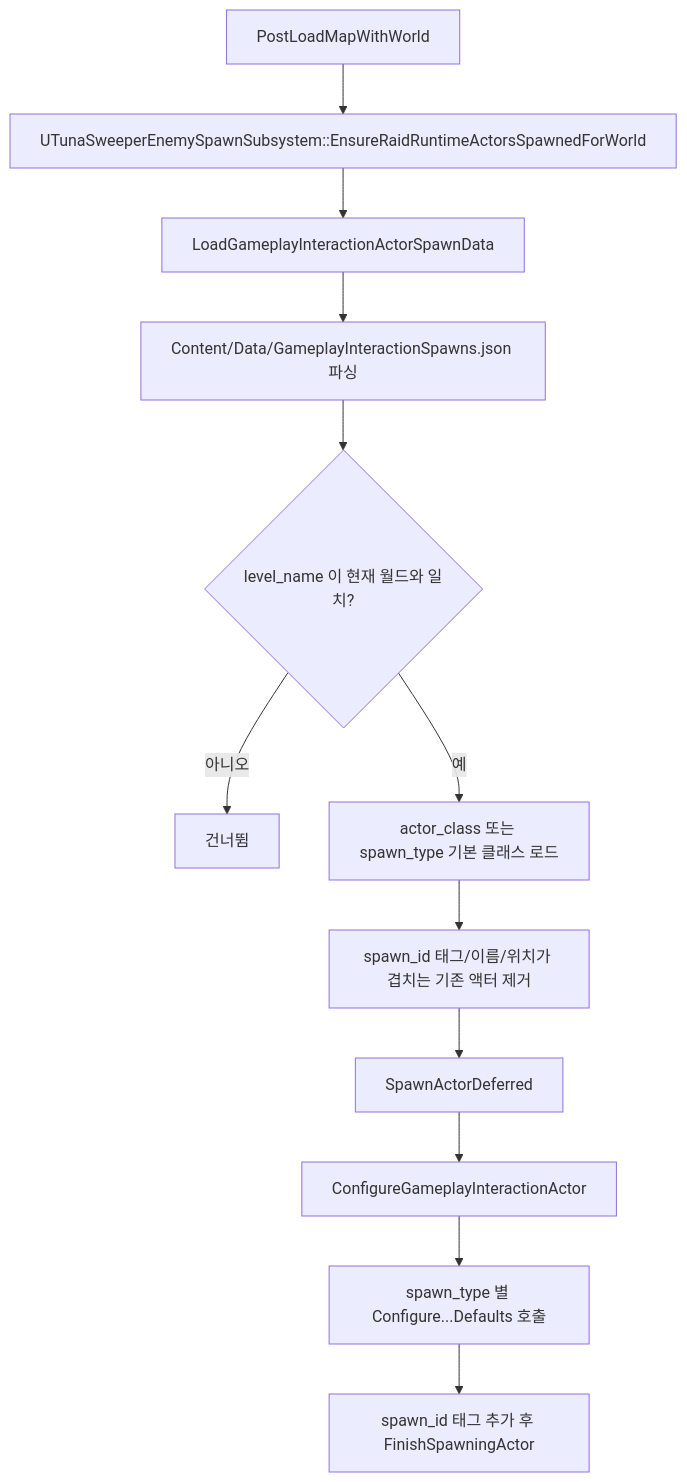
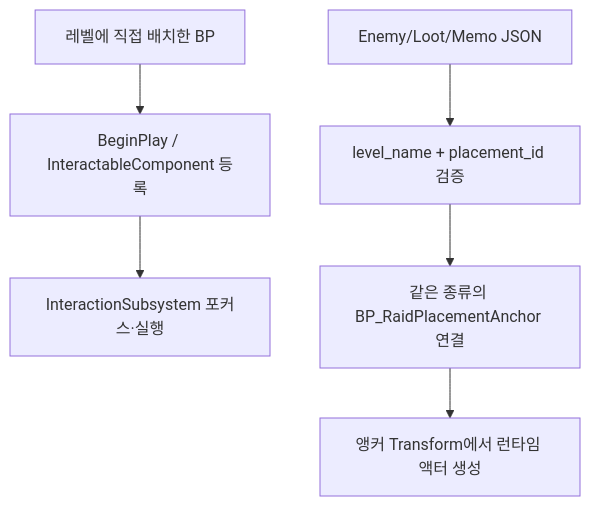
The second of 2 diagrams in Docs/interaction_system_flow.md (octopus7/extraction_shooter), drawn with Mermaid before and after one commit. The commit also changed other lines of this file and 35 other files, not shown here.

Commit message:
Refactor runtime placement to level anchors

````diff
--- a/Docs/interaction_system_flow.md
+++ b/Docs/interaction_system_flow.md
@@ -123,14 +123,8 @@
 ```mermaid
 flowchart TD
-    A["PostLoadMapWithWorld"] --> B["UTunaSweeperEnemySpawnSubsystem::EnsureRaidRuntimeActorsSpawnedForWorld"]
-    B --> C["LoadGameplayInteractionActorSpawnData"]
-    C --> D["Content/Data/GameplayInteractionSpawns.json 파싱"]
-    D --> E{"level_name 이 현재 월드와 일치?"}
-    E -- "아니오" --> X["건너뜀"]
-    E -- "예" --> F["actor_class 또는 spawn_type 기본 클래스 로드"]
-    F --> G["spawn_id 태그/이름/위치가 겹치는 기존 액터 제거"]
-    G --> H["SpawnActorDeferred"]
-    H --> I["ConfigureGameplayInteractionActor"]
-    I --> J["spawn_type 별 Configure...Defaults 호출"]
-    J --> K["spawn_id 태그 추가 후 FinishSpawningActor"]
+    A["레벨에 직접 배치한 BP"] --> B["BeginPlay / InteractableComponent 등록"]
+    B --> C["InteractionSubsystem 포커스·실행"]
+    D["Enemy/Loot/Memo JSON"] --> E["level_name + placement_id 검증"]
+    E --> F["같은 종류의 BP_RaidPlacementAnchor 연결"]
+    F --> G["앵커 Transform에서 런타임 액터 생성"]
 ```
````
